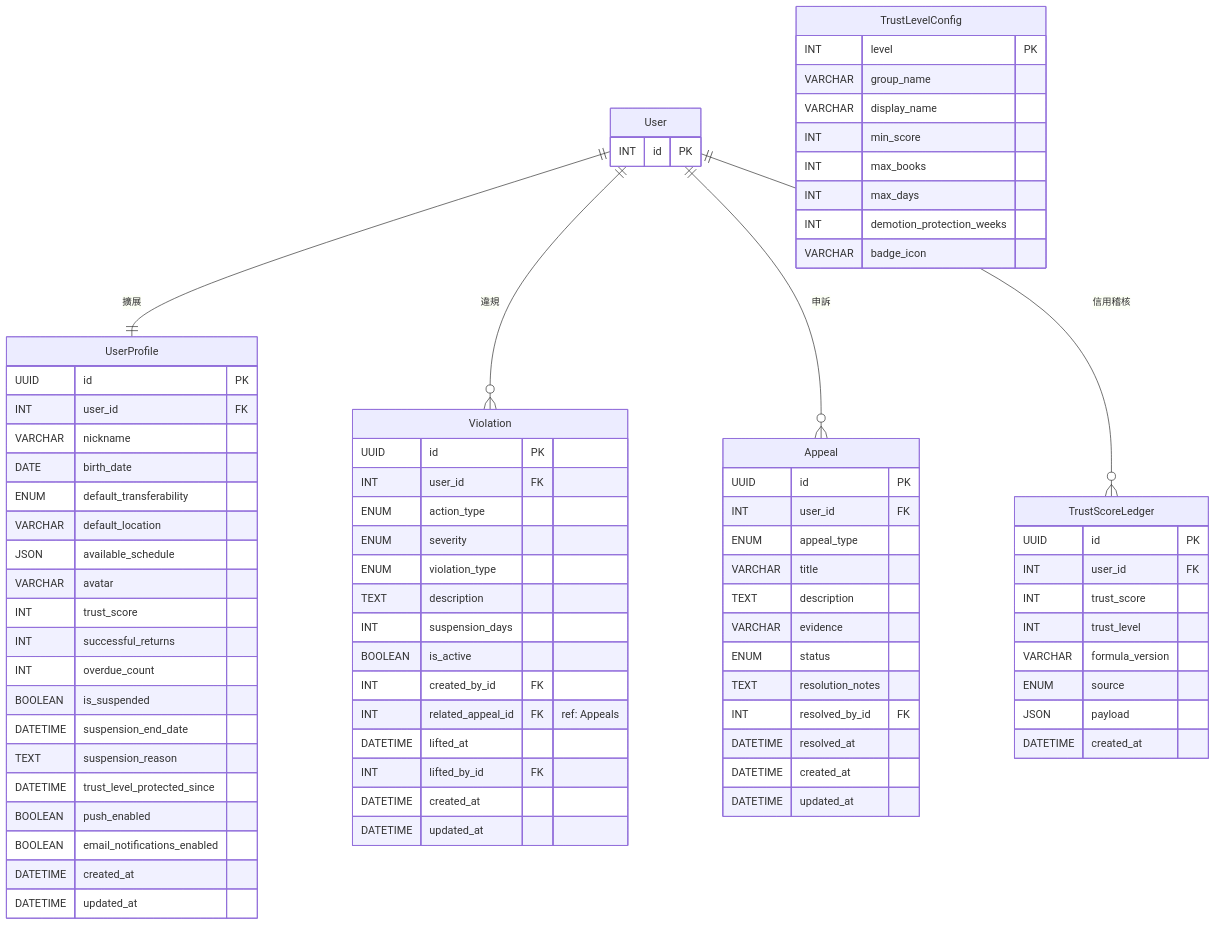
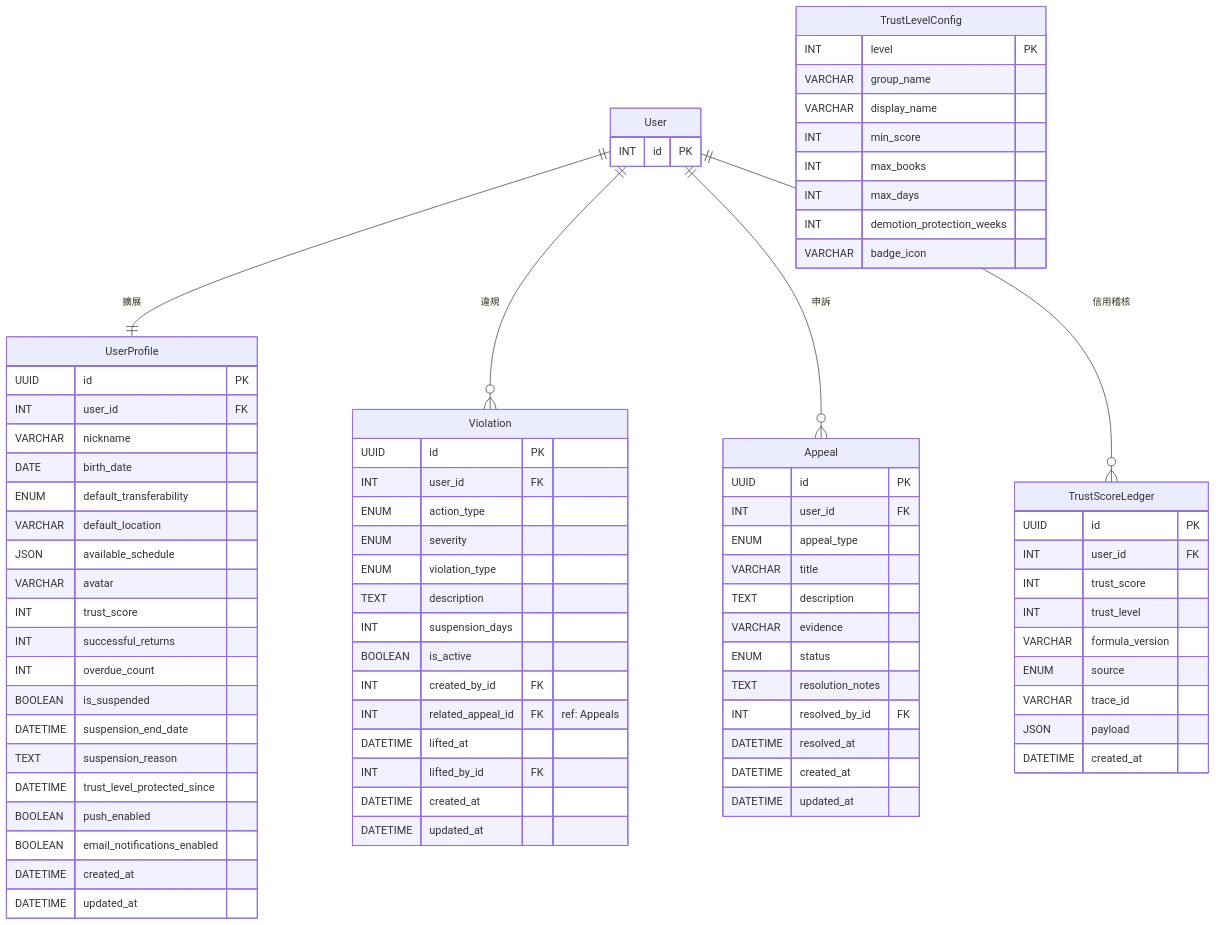
One commit to lucashsu95/exbooks changed the first of 3 diagrams in docs/er-diagram.md. Above: the diagram before and after it, drawn with Mermaid. The commit also changed other lines of this file and 4 other files, not shown here.

First line of the commit message:
docs: sync 5 architecture docs with actual codebase state

```diff
--- a/docs/er-diagram.md
+++ b/docs/er-diagram.md
@@ -85,6 +85,7 @@
         INT trust_level
         VARCHAR formula_version
         ENUM source
+        VARCHAR trace_id
         JSON payload
         DATETIME created_at
     }
```
